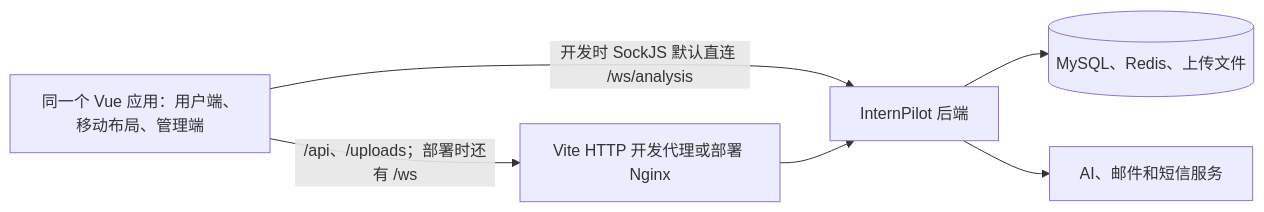
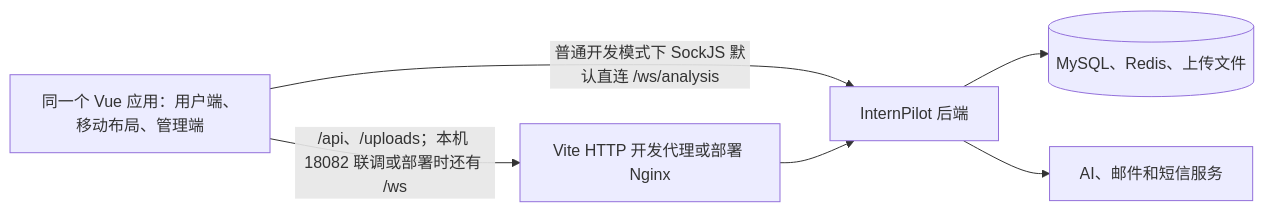
The diagram in docs/frontend.md (wan719/intern-pilot), drawn with Mermaid before and after one commit. The commit also changed other lines of this file and 3 other files, not shown here.

````diff
--- a/docs/frontend.md
+++ b/docs/frontend.md
@@ -39,13 +39,13 @@
 ```mermaid
 flowchart LR
     Browser[同一个 Vue 应用：用户端、移动布局、管理端]
     Proxy[Vite HTTP 开发代理或部署 Nginx]
     Backend[InternPilot 后端]
     Data[(MySQL、Redis、上传文件)]
     External[AI、邮件和短信服务]
-    Browser -->|/api、/uploads；部署时还有 /ws| Proxy
-    Browser -->|开发时 SockJS 默认直连 /ws/analysis| Backend
+    Browser -->|/api、/uploads；本机 18082 联调或部署时还有 /ws| Proxy
+    Browser -->|普通开发模式下 SockJS 默认直连 /ws/analysis| Backend
     Proxy --> Backend
     Backend --> Data
     Backend --> External
 ```
````
